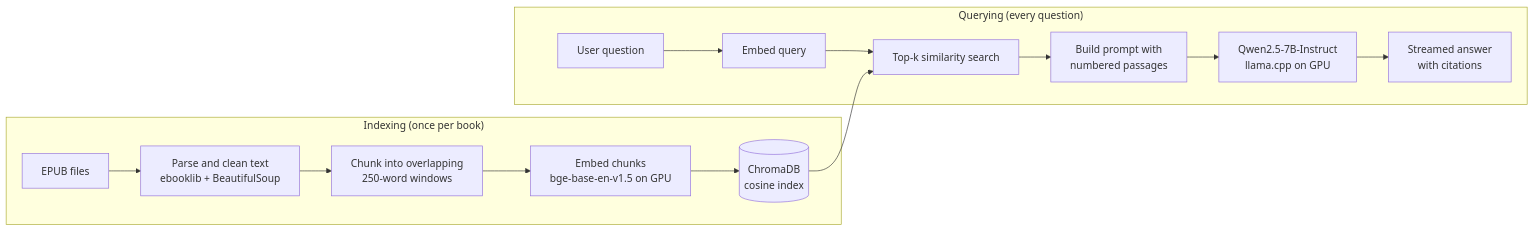
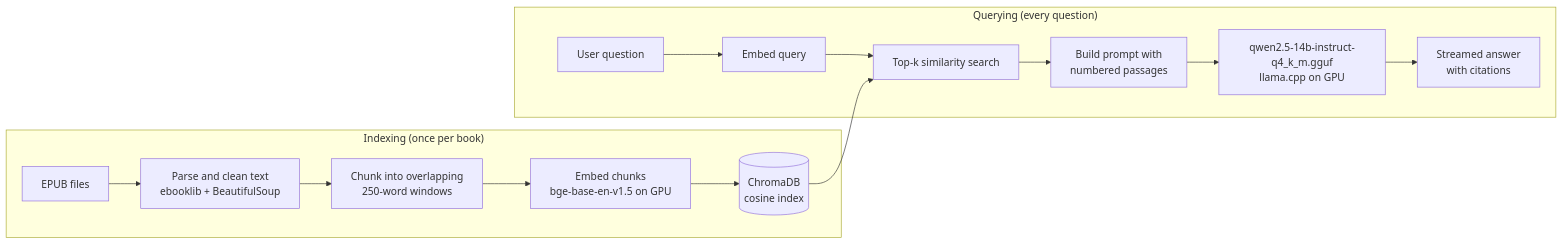
One commit to EriksUzans/Data-AI-ML-Projects- changed the diagram in RAG-Application.md. Above: the diagram before and after it, drawn with Mermaid. The commit also changed other lines of this file, not shown here.

````diff
--- a/RAG-Application.md
+++ b/RAG-Application.md
@@ -48,18 +48,18 @@
 ```mermaid
 flowchart LR
     subgraph Indexing["Indexing (once per book)"]
         A[EPUB files] --> B[Parse and clean text<br/>ebooklib + BeautifulSoup]
         B --> C[Chunk into overlapping<br/>250-word windows]
         C --> D[Embed chunks<br/>bge-base-en-v1.5 on GPU]
         D --> E[(ChromaDB<br/>cosine index)]
     end
 
     subgraph Querying["Querying (every question)"]
         Q[User question] --> F[Embed query]
         F --> G[Top-k similarity search]
         E --> G
         G --> H[Build prompt with<br/>numbered passages]
-        H --> I[Qwen2.5-7B-Instruct<br/>llama.cpp on GPU]
+        H --> I[qwen2.5-14b-instruct-q4_k_m.gguf<br/>llama.cpp on GPU]
         I --> J[Streamed answer<br/>with citations]
     end
 ```
````
